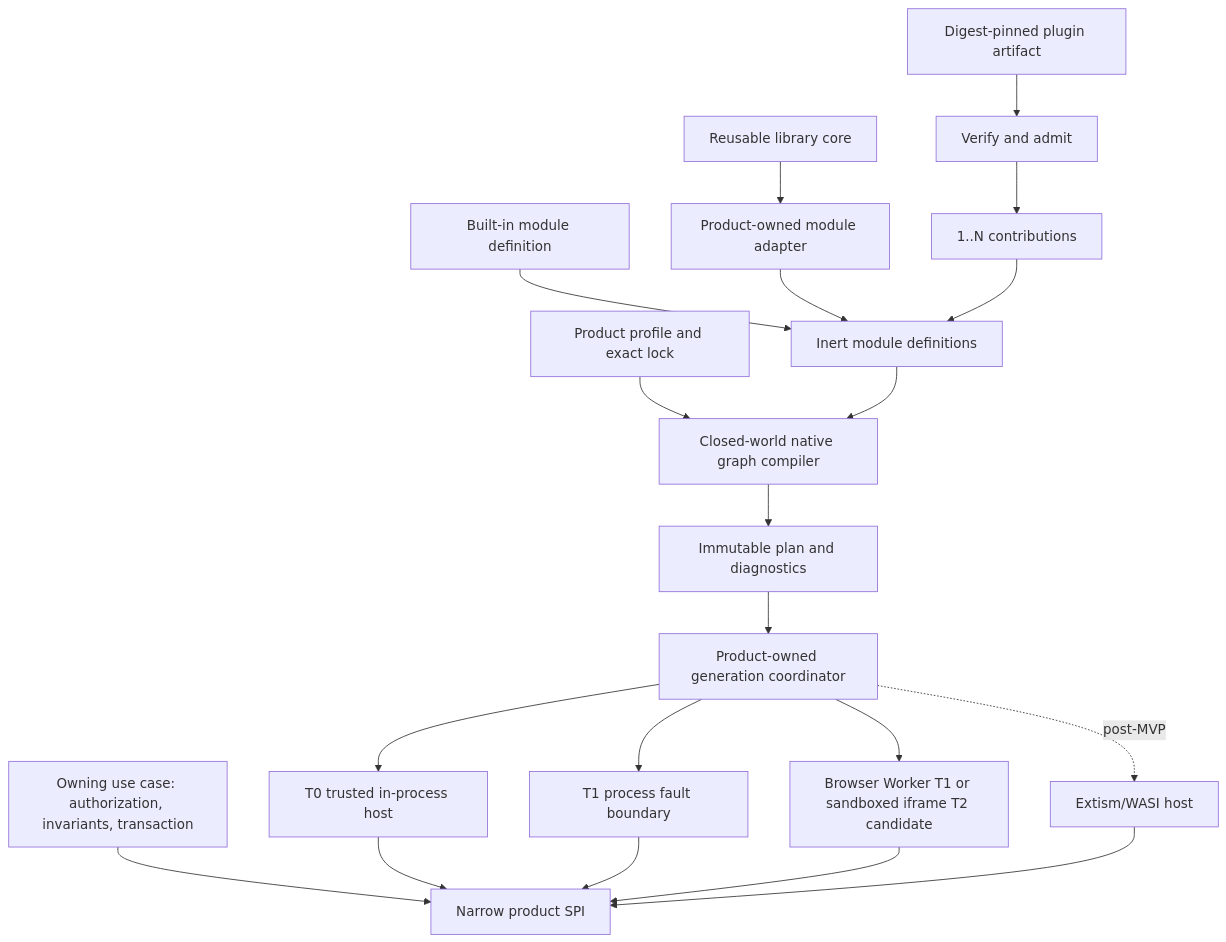
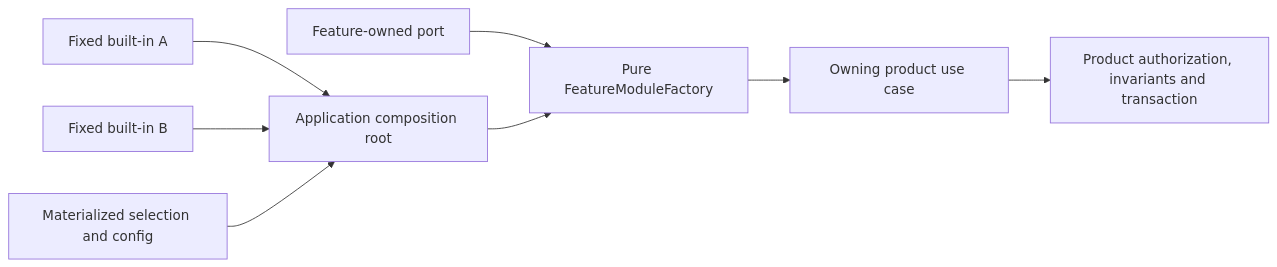
One commit to agent-teams-ai/extension-foundation changed the diagram in docs/qualification/universal-module-extension-system/final-recommendation.md. Above: the diagram before and after it, drawn with Mermaid. The commit also changed other lines of this file and 24 other files, not shown here.

Commit message:
docs(qualification): harden module architecture evidence

````diff
--- a/docs/qualification/universal-module-extension-system/final-recommendation.md
+++ b/docs/qualification/universal-module-extension-system/final-recommendation.md
@@ -23,26 +28,10 @@
 ```mermaid
-flowchart TB
-    Library["Reusable library core"] --> Adapter["Product-owned module adapter"]
-    BuiltIn["Built-in module definition"] --> Definitions["Inert module definitions"]
-    Adapter --> Definitions
-
-    Artifact["Digest-pinned plugin artifact"] --> Verify["Verify and admit"]
-    Verify --> Contributions["1..N contributions"]
-    Contributions --> Definitions
-
-    Profile["Product profile and exact lock"] --> Compiler["Closed-world native graph compiler"]
-    Definitions --> Compiler
-    Compiler --> Plan["Immutable plan and diagnostics"]
-    Plan --> Lifecycle["Product-owned generation coordinator"]
-
-    Lifecycle --> Trusted["T0 trusted in-process host"]
-    Lifecycle --> Process["T1 process fault boundary"]
-    Lifecycle --> Browser["Browser Worker T1 or sandboxed iframe T2 candidate"]
-    Lifecycle -. post-MVP .-> Wasm["Extism/WASI host"]
-
-    Product["Owning use case: authorization, invariants, transaction"] --> SPI["Narrow product SPI"]
-    Trusted --> SPI
-    Process --> SPI
-    Browser --> SPI
-    Wasm --> SPI
+flowchart LR
+    Port["Feature-owned port"] --> Factory["Pure FeatureModuleFactory"]
+    BuiltInA["Fixed built-in A"] --> Root["Application composition root"]
+    BuiltInB["Fixed built-in B"] --> Root
+    Config["Materialized selection and config"] --> Root
+    Root --> Factory
+    Factory --> UseCase["Owning product use case"]
+    UseCase --> Authority["Product authorization, invariants and transaction"]
 ```
````
